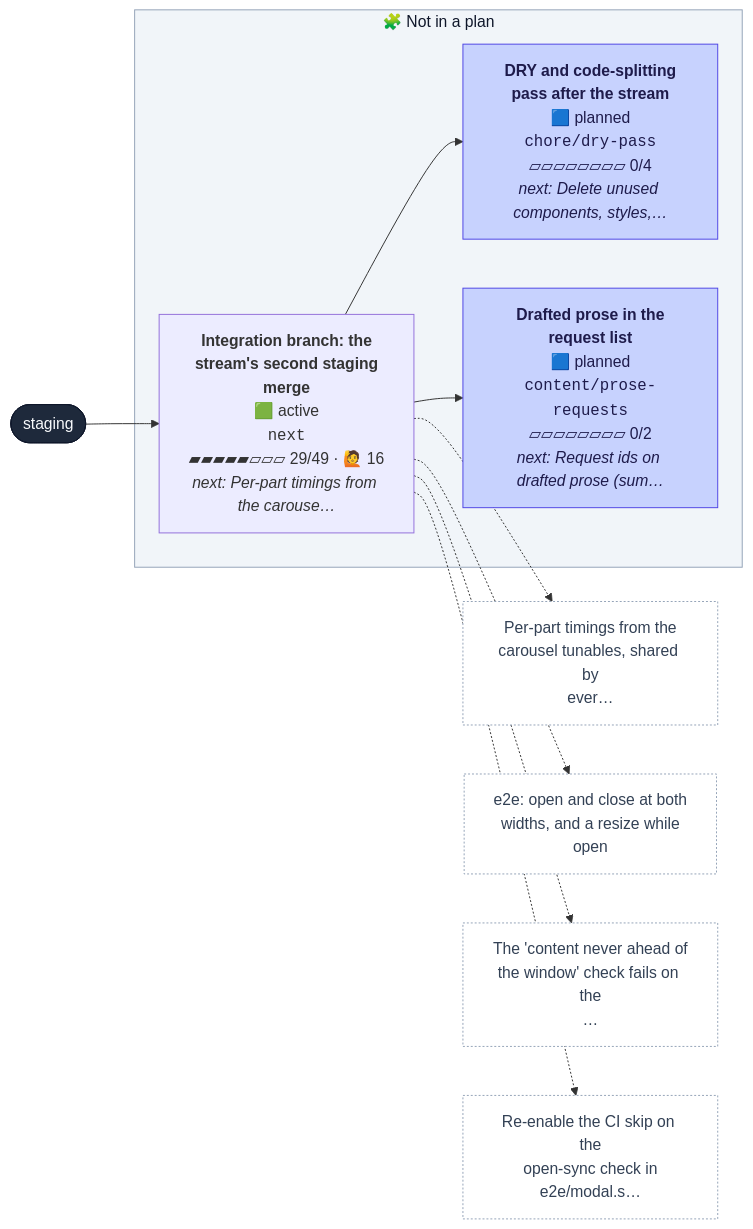
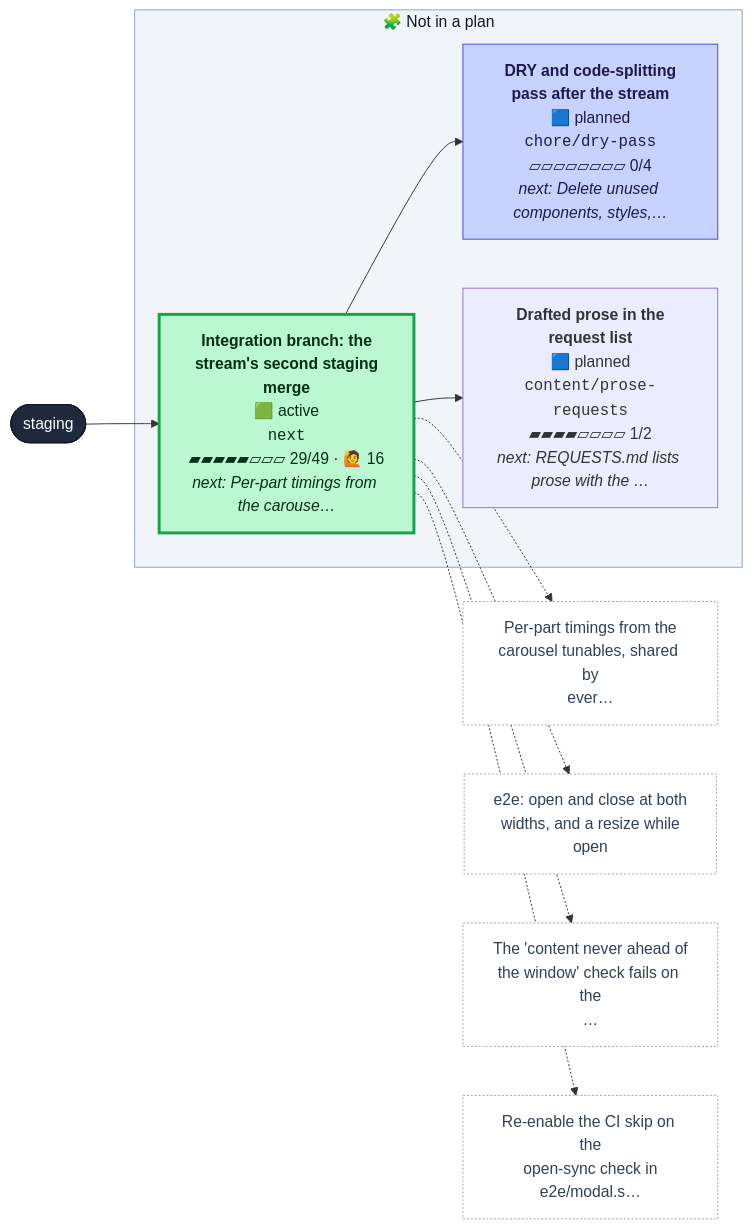
Before and after one commit to henryjonescodes/portfolio: the first of 2 diagrams in CONTRIBUTING.md, drawn with Mermaid. The commit also changed other lines of this file and 2 other files, not shown here.

````diff
--- a/CONTRIBUTING.md
+++ b/CONTRIBUTING.md
@@ -16,38 +16,38 @@
 ```mermaid
 flowchart LR
   n_staging([staging])
   class n_staging trunk
   subgraph loose["🧩 Not in a plan"]
     n_chore_dry_pass["<b>DRY and code-splitting<br/>pass after the stream</b><br/>🟦 planned<br/><code>chore/dry-pass</code><br/>▱▱▱▱▱▱▱▱ 0/4<br/><i>next: Delete unused components, styles,…</i>"]
     class n_chore_dry_pass planned
-    n_content_prose_requests["<b>Drafted prose in the<br/>request list</b><br/>🟦 planned<br/><code>content/prose-requests</code><br/>▱▱▱▱▱▱▱▱ 0/2<br/><i>next: Request ids on drafted prose (sum…</i>"]
-    class n_content_prose_requests planned
+    n_content_prose_requests["<b>Drafted prose in the<br/>request list</b><br/>🟦 planned<br/><code>content/prose-requests</code><br/>▰▰▰▰▱▱▱▱ 1/2<br/><i>next: REQUESTS.md lists prose with the …</i>"]
+    class n_content_prose_requests planned,current
     n_next["<b>Integration branch: the<br/>stream's second staging<br/>merge</b><br/>🟩 active<br/><code>next</code><br/>▰▰▰▰▰▱▱▱ 29/49 · 🙋 16<br/><i>next: Per-part timings from the carouse…</i>"]
-    class n_next active,current
+    class n_next active
   end
   style loose fill:#f1f5f9,stroke:#94a3b8,color:#0f172a
   n_next --> n_chore_dry_pass
   n_next --> n_content_prose_requests
   n_staging --> n_next
   n_next_t0["Per-part timings from the<br/>carousel tunables, shared by<br/>ever…"]
   class n_next_t0 todo
   n_next -.-> n_next_t0
   n_next_t1["e2e: open and close at both<br/>widths, and a resize while<br/>open"]
   class n_next_t1 todo
   n_next -.-> n_next_t1
   n_next_t2["The 'content never ahead of<br/>the window' check fails on the<br/>…"]
   class n_next_t2 todo
   n_next -.-> n_next_t2
   n_next_t3["Re-enable the CI skip on the<br/>open-sync check in<br/>e2e/modal.s…"]
   class n_next_t3 todo
   n_next -.-> n_next_t3
   classDef merged fill:#dcfce7,stroke:#16a34a,color:#052e16
   classDef todo fill:#ffffff,stroke:#94a3b8,stroke-dasharray:2 2,color:#334155
   classDef planned fill:#c7d2fe,stroke:#4f46e5,color:#1e1b4b
   classDef sketched fill:#f8fafc,stroke:#64748b,stroke-dasharray:4 3,color:#334155
   classDef active fill:#bbf7d0,stroke:#16a34a,stroke-width:3px,color:#052e16
   classDef review fill:#fde68a,stroke:#d97706,stroke-width:3px,color:#451a03
   classDef blocked fill:#fecaca,stroke:#dc2626,stroke-width:3px,color:#450a0a
   classDef trunk fill:#1e293b,stroke:#0f172a,color:#f8fafc
   classDef current stroke:#0ea5e9,stroke-width:5px
 ```
````
